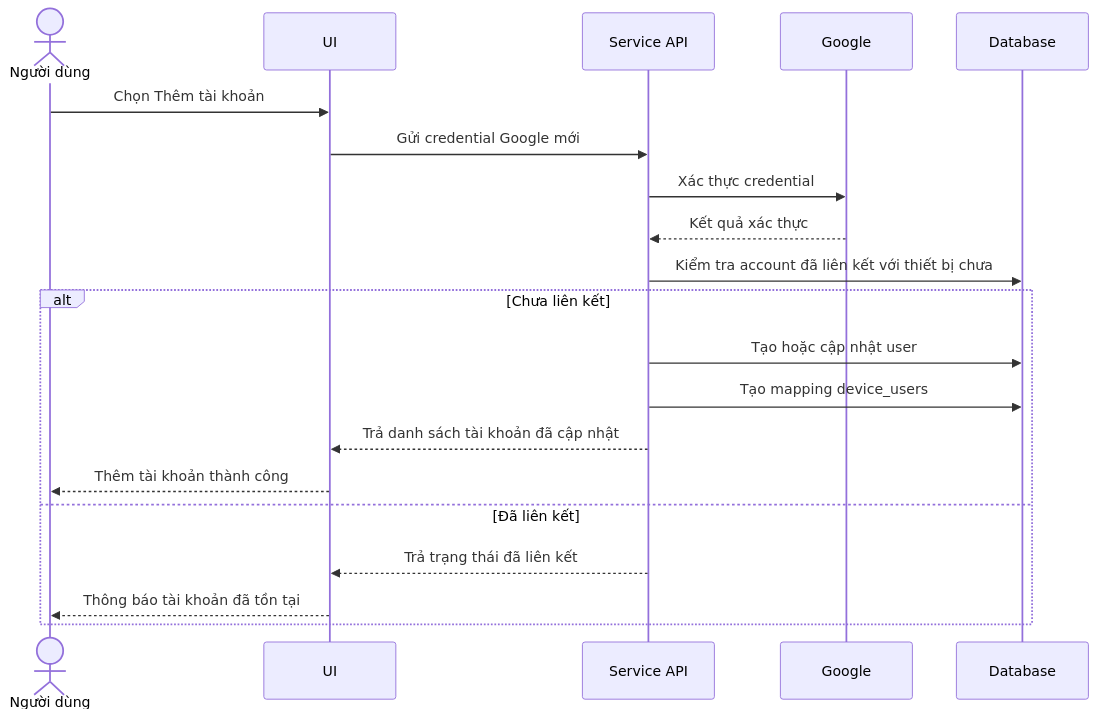
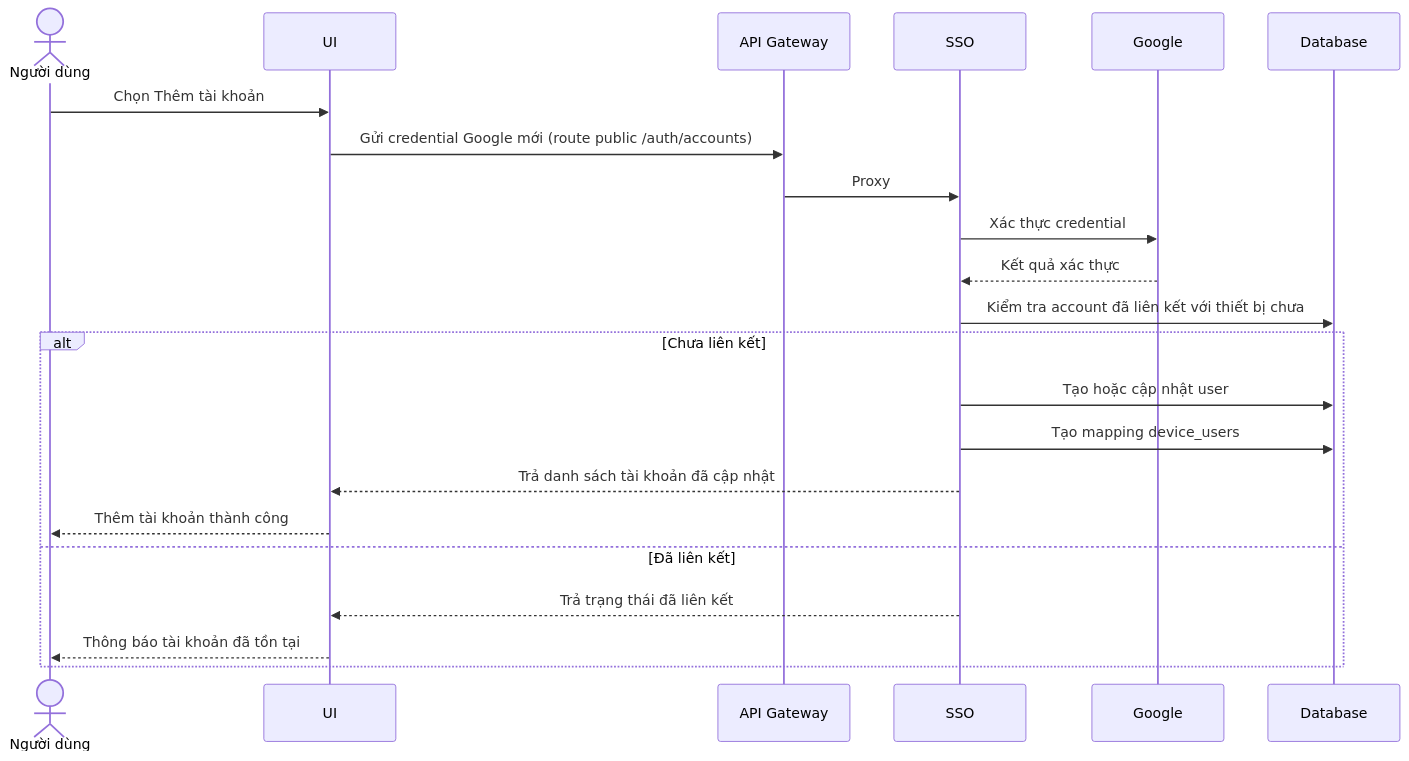
One commit to CVThien2k2/joytab changed the third of 6 diagrams in docs/thiet-ke-he-thong-20260522.md. Above: the diagram before and after it, drawn with Mermaid. The commit also changed other lines of this file and 3 other files, not shown here.

Commit message:
docs: reflect api-gateway + sso edge-auth architecture

````diff
--- a/docs/thiet-ke-he-thong-20260522.md
+++ b/docs/thiet-ke-he-thong-20260522.md
@@ -68,23 +80,25 @@
 ```mermaid
 sequenceDiagram
   actor ND as Người dùng
   participant UI
-  participant API as Service API
+  participant GW as API Gateway
+  participant API as SSO
   participant GG as Google
   participant DB as Database
 
   ND->>UI: Chọn Thêm tài khoản
-  UI->>API: Gửi credential Google mới
+  UI->>GW: Gửi credential Google mới (route public /auth/accounts)
+  GW->>API: Proxy
   API->>GG: Xác thực credential
   GG-->>API: Kết quả xác thực
   API->>DB: Kiểm tra account đã liên kết với thiết bị chưa
   alt Chưa liên kết
     API->>DB: Tạo hoặc cập nhật user
     API->>DB: Tạo mapping device_users
     API-->>UI: Trả danh sách tài khoản đã cập nhật
     UI-->>ND: Thêm tài khoản thành công
   else Đã liên kết
     API-->>UI: Trả trạng thái đã liên kết
     UI-->>ND: Thông báo tài khoản đã tồn tại
   end
 ```
````
